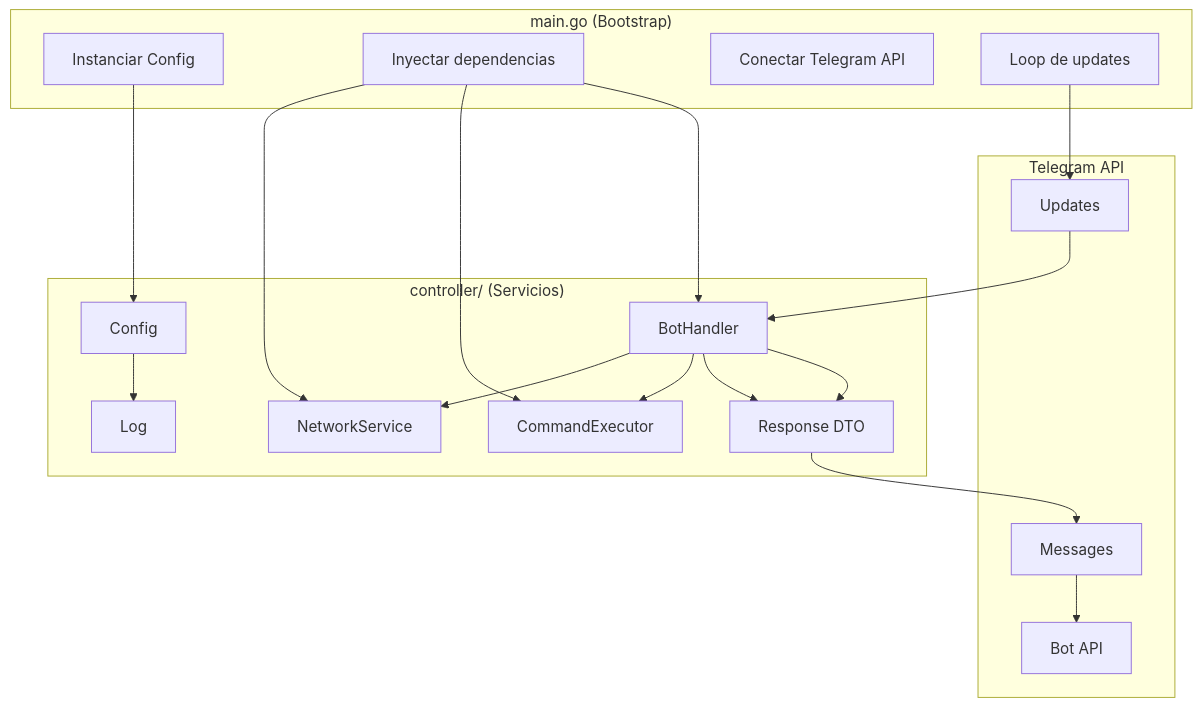
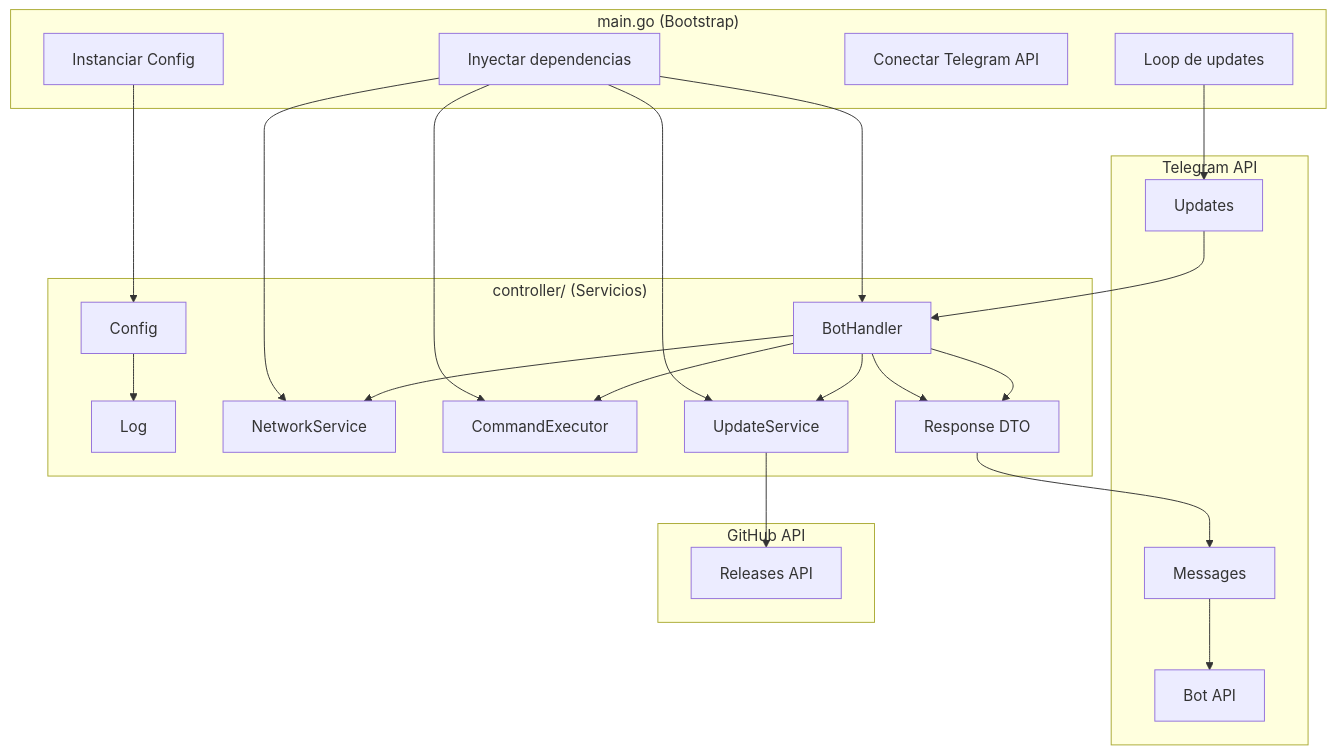
Before and after one commit to MartinCiro/telegram_go: the third of 3 diagrams in README.md, drawn with Mermaid. The commit also changed other lines of this file and 9 other files, not shown here.

````diff
--- a/README.md
+++ b/README.md
@@ -232,38 +347,46 @@
 ```mermaid
 graph TB
     subgraph "main.go (Bootstrap)"
         A[Instanciar Config]
         B[Inyectar dependencias]
         C[Conectar Telegram API]
         D[Loop de updates]
     end
     
     subgraph "controller/ (Servicios)"
         E[Config]
         F[Log]
         G[NetworkService]
         H[CommandExecutor]
-        I[BotHandler]
-        J[Response DTO]
+        I[UpdateService]
+        J[BotHandler]
+        K[Response DTO]
     end
     
     subgraph "Telegram API"
-        K[Bot API]
-        L[Updates]
-        M[Messages]
+        L[Bot API]
+        M[Updates]
+        N[Messages]
+    end
+    
+    subgraph "GitHub API"
+        O[Releases API]
     end
     
     A --> E
     E --> F
     B --> G
     B --> H
     B --> I
-    I --> G
-    I --> H
-    I --> J
-    D --> L
-    L --> I
-    I --> J
-    J --> M
-    M --> K
-```
+    B --> J
+    J --> G
+    J --> H
+    J --> I
+    J --> K
+    D --> M
+    M --> J
+    J --> K
+    K --> N
+    N --> L
+    I --> O
+``` 
````
